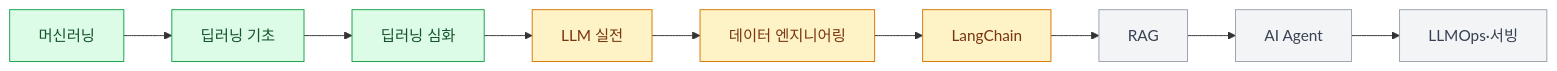
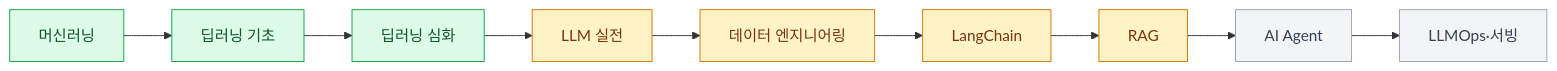
Before and after one commit to ysl727727/TIL: the diagram in README.md, drawn with Mermaid. The commit also changed other lines of this file and 4 other files, not shown here.

````diff
--- a/README.md
+++ b/README.md
@@ -26,12 +26,12 @@
 ```mermaid
 flowchart LR
     ML[머신러닝] --> DLB[딥러닝 기초] --> DLA[딥러닝 심화] --> LLM[LLM 실전]
     LLM --> DE[데이터 엔지니어링] --> LC[LangChain] --> RAG[RAG] --> AG[AI Agent] --> OPS[LLMOps·서빙]
 
     classDef done fill:#dcfce7,stroke:#16a34a,color:#14532d
     classDef now fill:#fef3c7,stroke:#d97706,color:#78350f
     classDef next fill:#f3f4f6,stroke:#9ca3af,color:#374151
     class ML,DLB,DLA done
-    class LLM,DE,LC now
-    class RAG,AG,OPS next
+    class LLM,DE,LC,RAG now
+    class AG,OPS next
 ```
````
